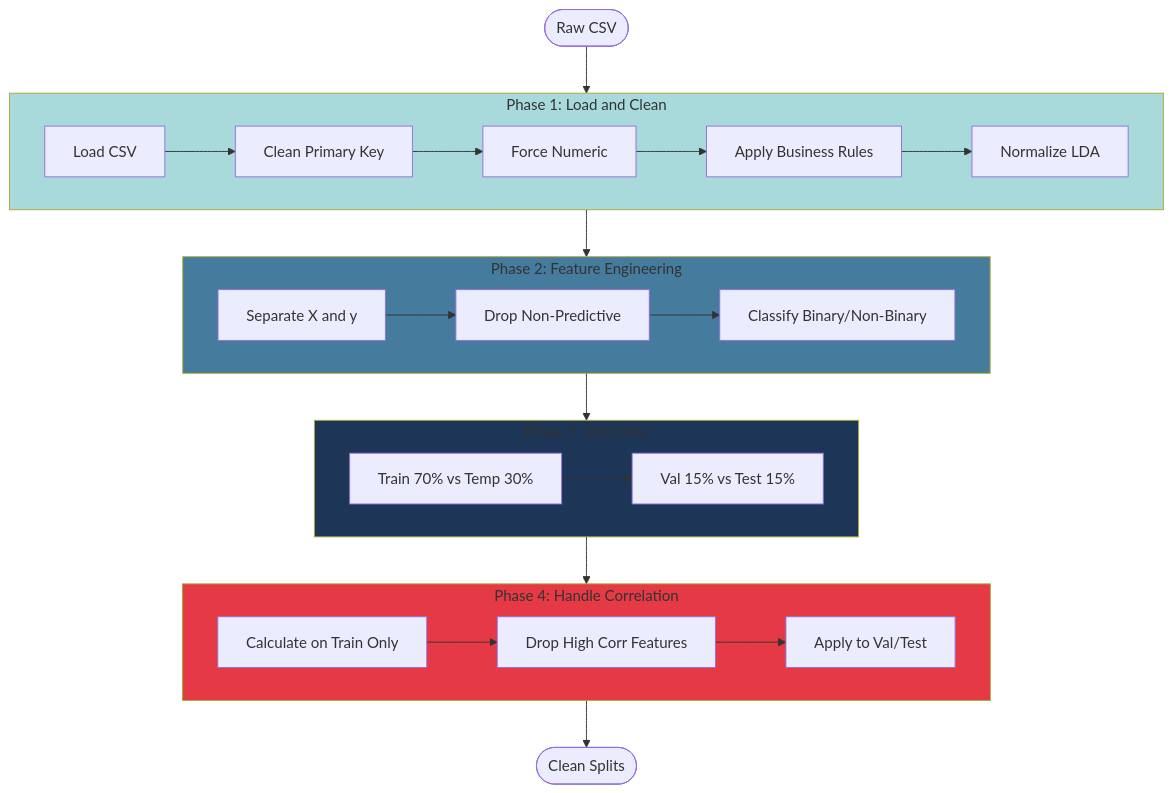
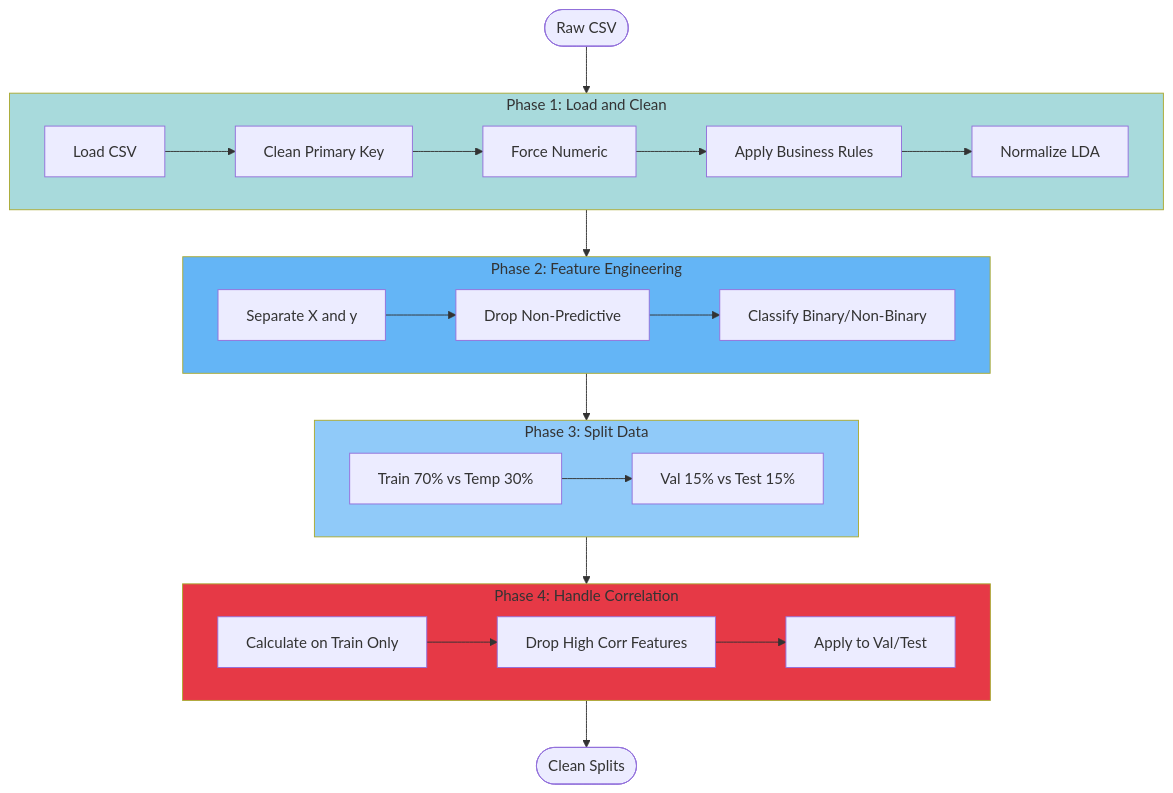
Before and after one commit to ArtemioPadilla/mlops-project: the diagram in docs/preprocessing/overview.md, drawn with Mermaid. The commit also changed 9 other files, not shown here.

Commit message:
fix: Update repository URLs in documentation and improve Mermaid theme colors for better readability

````diff
--- a/docs/preprocessing/overview.md
+++ b/docs/preprocessing/overview.md
@@ -37,55 +37,55 @@
 ```mermaid
 flowchart TD
     Start([Raw CSV]) --> Phase1
 
     subgraph Phase1["Phase 1: Load and Clean"]
         Load[Load CSV]
         PKClean[Clean Primary Key]
         ForceNumeric[Force Numeric]
         BusinessRules[Apply Business Rules]
         NormalizeLDA[Normalize LDA]
 
         Load --> PKClean
         PKClean --> ForceNumeric
         ForceNumeric --> BusinessRules
         BusinessRules --> NormalizeLDA
     end
 
     Phase1 --> Phase2
 
     subgraph Phase2["Phase 2: Feature Engineering"]
         SepXy[Separate X and y]
         DropCols[Drop Non-Predictive]
         Classify[Classify Binary/Non-Binary]
 
         SepXy --> DropCols
         DropCols --> Classify
     end
 
     Phase2 --> Phase3
 
     subgraph Phase3["Phase 3: Split Data"]
         Split1[Train 70% vs Temp 30%]
         Split2[Val 15% vs Test 15%]
 
         Split1 --> Split2
     end
 
     Phase3 --> Phase4
 
     subgraph Phase4["Phase 4: Handle Correlation"]
         CalcCorr[Calculate on Train Only]
         DropHighCorr[Drop High Corr Features]
         ApplyAll[Apply to Val/Test]
 
         CalcCorr --> DropHighCorr
         DropHighCorr --> ApplyAll
     end
 
     Phase4 --> Output([Clean Splits])
 
     style Phase1 fill:#a8dadc
-    style Phase2 fill:#457b9d
-    style Phase3 fill:#1d3557
+    style Phase2 fill:#64b5f6
+    style Phase3 fill:#90caf9
     style Phase4 fill:#e63946
 ```
````
